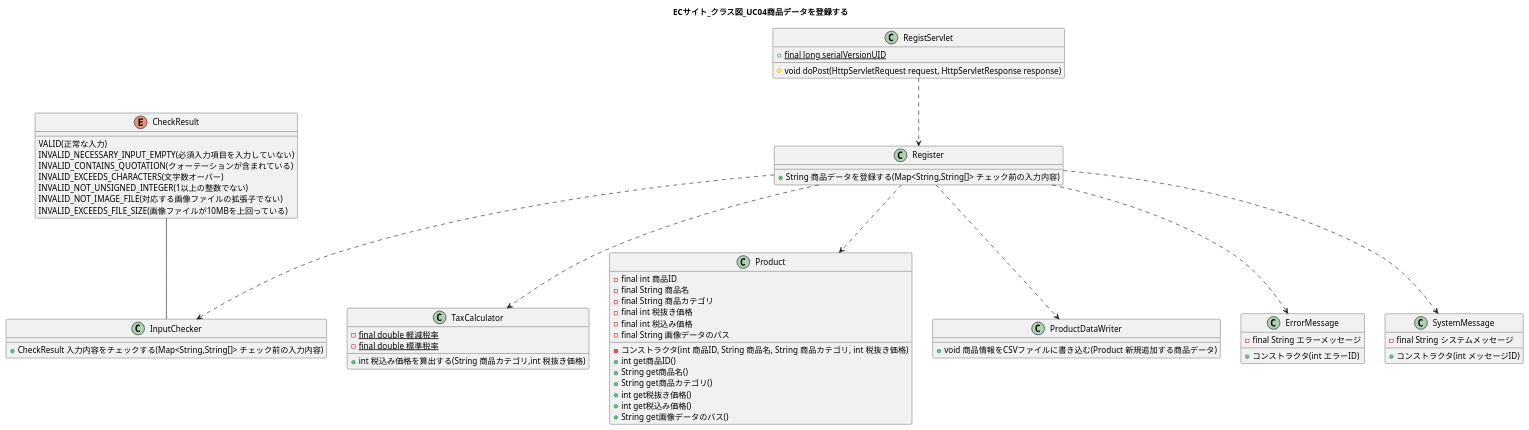
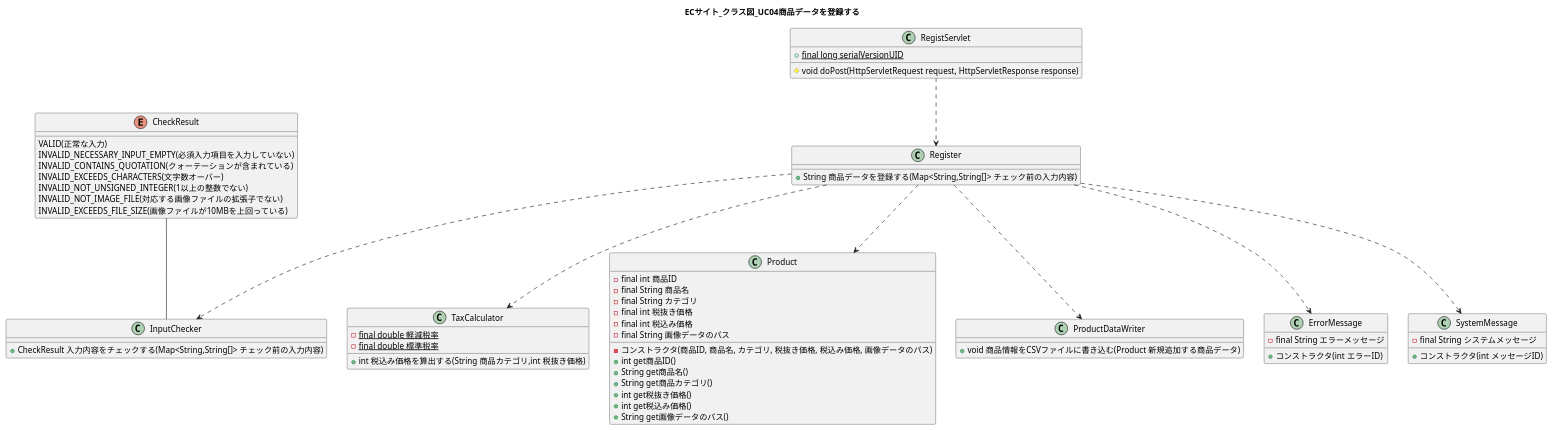
Before and after one commit to wnakayama/ojt_ecsite: the diagram in UML/ClassDiag04.puml, drawn with PlantUML. The commit also changed 3 other files, not shown here.

```diff
--- a/UML/ClassDiag04.puml
+++ b/UML/ClassDiag04.puml
@@ -1,73 +1,73 @@
 @startuml
 title ECサイト_クラス図_UC04商品データを登録する
 
 
 class RegistServlet {
     +{static} final long serialVersionUID
     #void doPost(HttpServletRequest request, HttpServletResponse response)
 }
 
 RegistServlet ..> Register
 class Register {
     +String 商品データを登録する(Map<String,String[]> チェック前の入力内容)
 }
 
 CheckResult -- InputChecker
 enum CheckResult {
     VALID(正常な入力)
     INVALID_NECESSARY_INPUT_EMPTY(必須入力項目を入力していない)
     INVALID_CONTAINS_QUOTATION(クォーテーションが含まれている)
     INVALID_EXCEEDS_CHARACTERS(文字数オーバー)
     INVALID_NOT_UNSIGNED_INTEGER(1以上の整数でない)
     INVALID_NOT_IMAGE_FILE(対応する画像ファイルの拡張子でない)
     INVALID_EXCEEDS_FILE_SIZE(画像ファイルが10MBを上回っている)
 }
 
 Register ..> InputChecker
 class InputChecker {
     +CheckResult 入力内容をチェックする(Map<String,String[]> チェック前の入力内容)
 }
 
 Register ..> TaxCalculator
 class TaxCalculator {
     -{static}final double 軽減税率
     -{static}final double 標準税率
 
     +int 税込み価格を算出する(String 商品カテゴリ,int 税抜き価格)
 }
 
 Register ..> Product 
 class Product {
     -final int 商品ID
     -final String 商品名
-    -final String 商品カテゴリ
+    -final String カテゴリ
     -final int 税抜き価格
     -final int 税込み価格
     -final String 画像データのパス
-    -コンストラクタ(int 商品ID, String 商品名, String 商品カテゴリ, int 税抜き価格)
+    -コンストラクタ(商品ID, 商品名, カテゴリ, 税抜き価格, 税込み価格, 画像データのパス)
     +int get商品ID()
     +String get商品名()
     +String get商品カテゴリ()
     +int get税抜き価格()
     +int get税込み価格()
     +String get画像データのパス()
 }
 
 Register ..> ProductDataWriter
 class ProductDataWriter {
     + void 商品情報をCSVファイルに書き込む(Product 新規追加する商品データ)
 }
 
 Register ..> ErrorMessage
 class ErrorMessage {
     -final String エラーメッセージ
     +コンストラクタ(int エラーID)
 }
 
 Register ..> SystemMessage
 class SystemMessage {
     -final String システムメッセージ
     +コンストラクタ(int メッセージID)
 }
 
 @enduml
```
